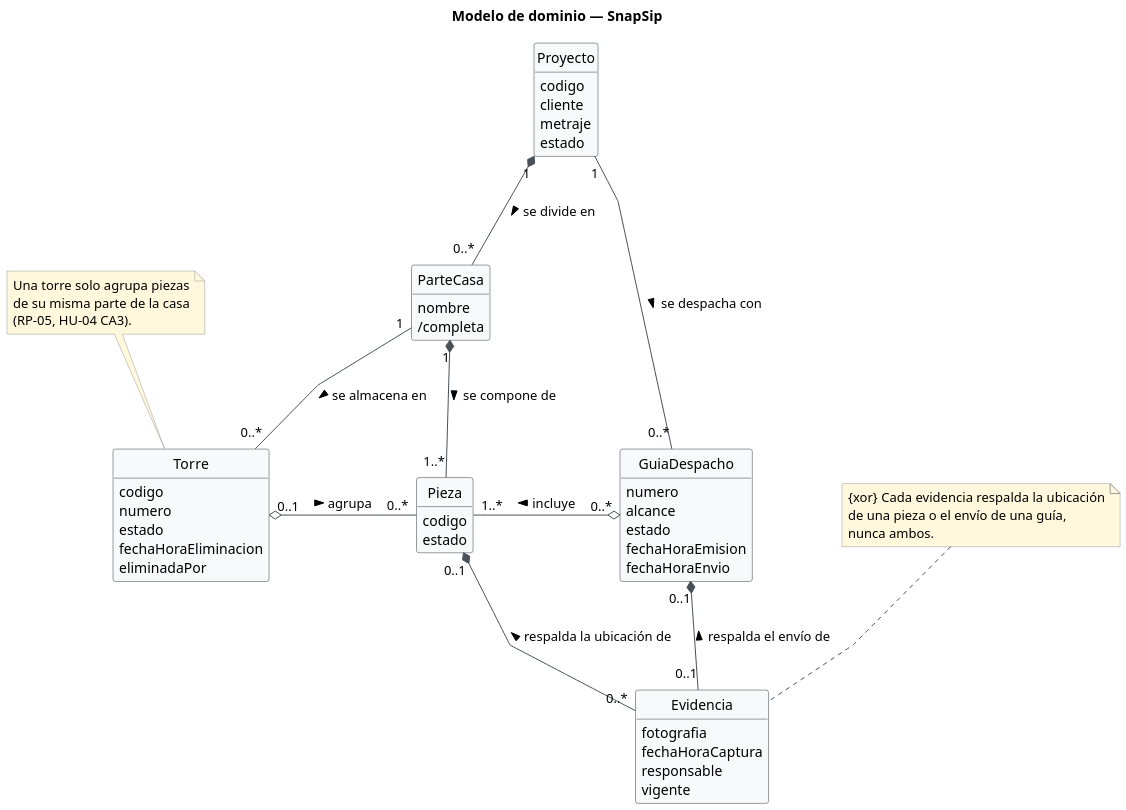
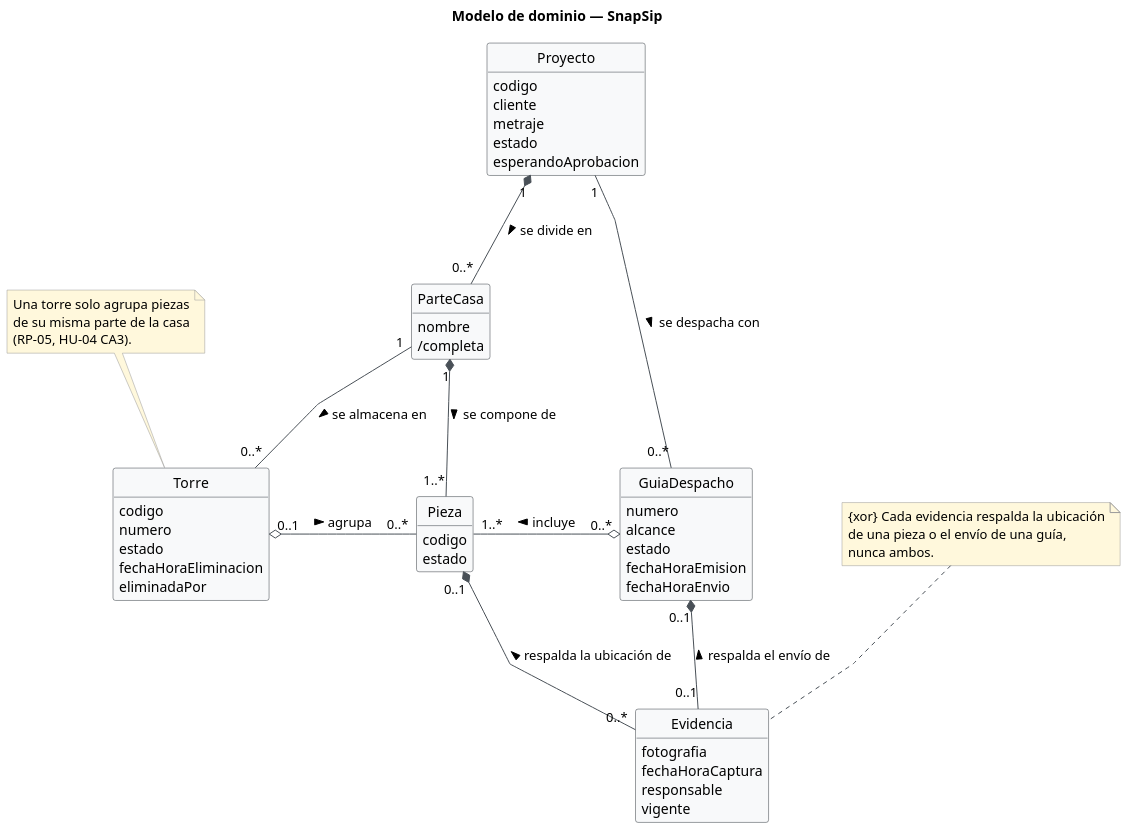
One commit to Foyzen-Kaze/snapsip changed the diagram in diagramas/modelo-de-dominio.puml. Above: the diagram before and after it, drawn with PlantUML.

```diff
--- a/diagramas/modelo-de-dominio.puml
+++ b/diagramas/modelo-de-dominio.puml
@@ -1,85 +1,86 @@
 @startuml modelo-dominio
 hide methods
 hide circle
 hide empty members
 skinparam classAttributeIconSize 0
 skinparam dpi 150
 skinparam linetype polyline
 skinparam nodesep 90
 skinparam ranksep 90
 skinparam shadowing false
 
 skinparam class {
     BackgroundColor #F8F9FA
     BorderColor #343A40
     ArrowColor #495057
 }
 skinparam note {
     BackgroundColor #FFF8DC
     BorderColor #999999
 }
 
 title Modelo de dominio — SnapSip
 
 class Proyecto {
   codigo
   cliente
   metraje
   estado
+  esperandoAprobacion
 }
 
 class ParteCasa {
   nombre
   /completa
 }
 
 class Pieza {
   codigo
   estado
 }
 
 class Torre {
   codigo
   numero
   estado
   fechaHoraEliminacion
   eliminadaPor
 }
 
 class GuiaDespacho {
   numero
   alcance
   estado
   fechaHoraEmision
   fechaHoraEnvio
 }
 
 class Evidencia {
   fotografia
   fechaHoraCaptura
   responsable
   vigente
 }
 
 ' Composición: ciclo de vida dependiente
 Proyecto "1" *-down- "0..*" ParteCasa : se divide en >
 ParteCasa "1" *-down- "1..*" Pieza : se compone de >
 Pieza "0..1" *-down- "0..*" Evidencia : respalda la ubicación de <
 GuiaDespacho "0..1" *-down- "0..1" Evidencia : respalda el envío de <
 
 ' Agregación: agrupación física o documental temporal
 Torre "0..1" o-right- "0..*" Pieza : agrupa >
 GuiaDespacho "0..*" o-left- "1..*" Pieza : incluye >
 
 ' Asociaciones simples
 ParteCasa "1" -down- "0..*" Torre : se almacena en >
 Proyecto "1" -right- "0..*" GuiaDespacho : se despacha con >
 
 ' Restricciones que la multiplicidad no expresa
 note "Una torre solo agrupa piezas\nde su misma parte de la casa\n(RP-05, HU-04 CA3)." as N1
 N1 .. Torre
 
 note "{xor} Cada evidencia respalda la ubicación\nde una pieza o el envío de una guía,\nnunca ambos." as N2
 N2 .. Evidencia
 
 @enduml
```
